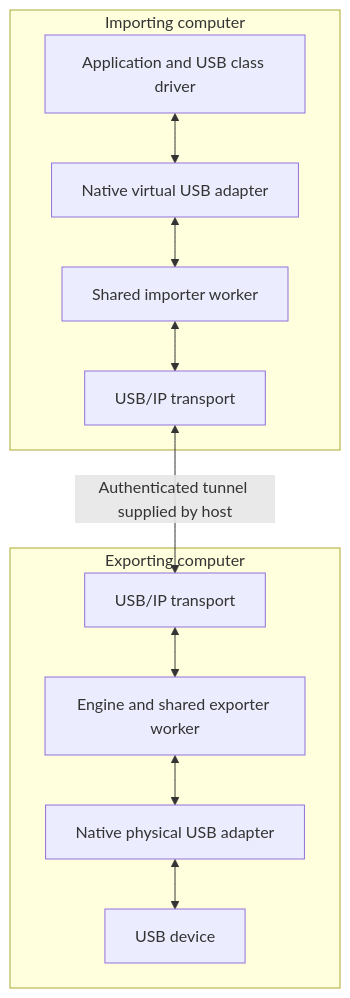
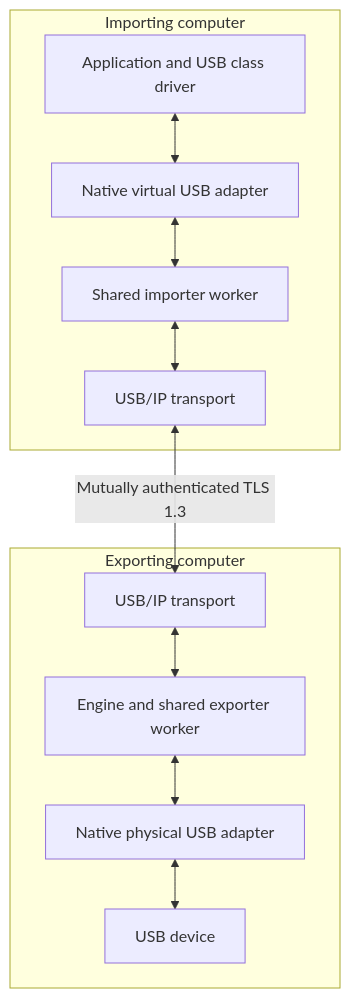
Before and after one commit to marcosmmb/knightbus: the first of 3 diagrams in docs/architecture.md, drawn with Mermaid. The commit also changed other lines of this file and 45 other files, not shown here.

Commit message:
Add authenticated TLS sessions, device permissions, and shared connection recovery

````diff
--- a/docs/architecture.md
+++ b/docs/architecture.md
@@ -9,14 +9,14 @@
 ```mermaid
 flowchart TB
     subgraph Importing computer
         App[Application and USB class driver] <--> Virtual[Native virtual USB adapter]
         Virtual <--> IW[Shared importer worker]
         IW <--> IT[USB/IP transport]
     end
     subgraph Exporting computer
         ET[USB/IP transport] <--> EW[Engine and shared exporter worker]
         EW <--> Physical[Native physical USB adapter]
         Physical <--> Device[USB device]
     end
-    IT <-->|Authenticated tunnel supplied by host| ET
+    IT <-->|Mutually authenticated TLS 1.3| ET
 ```
````
